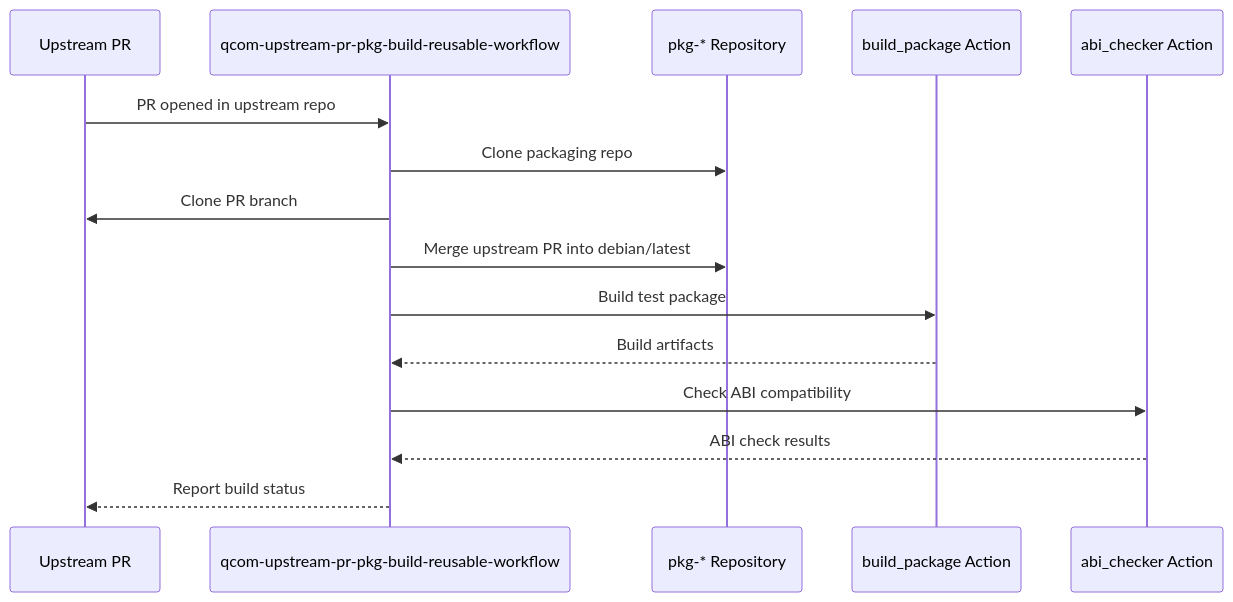
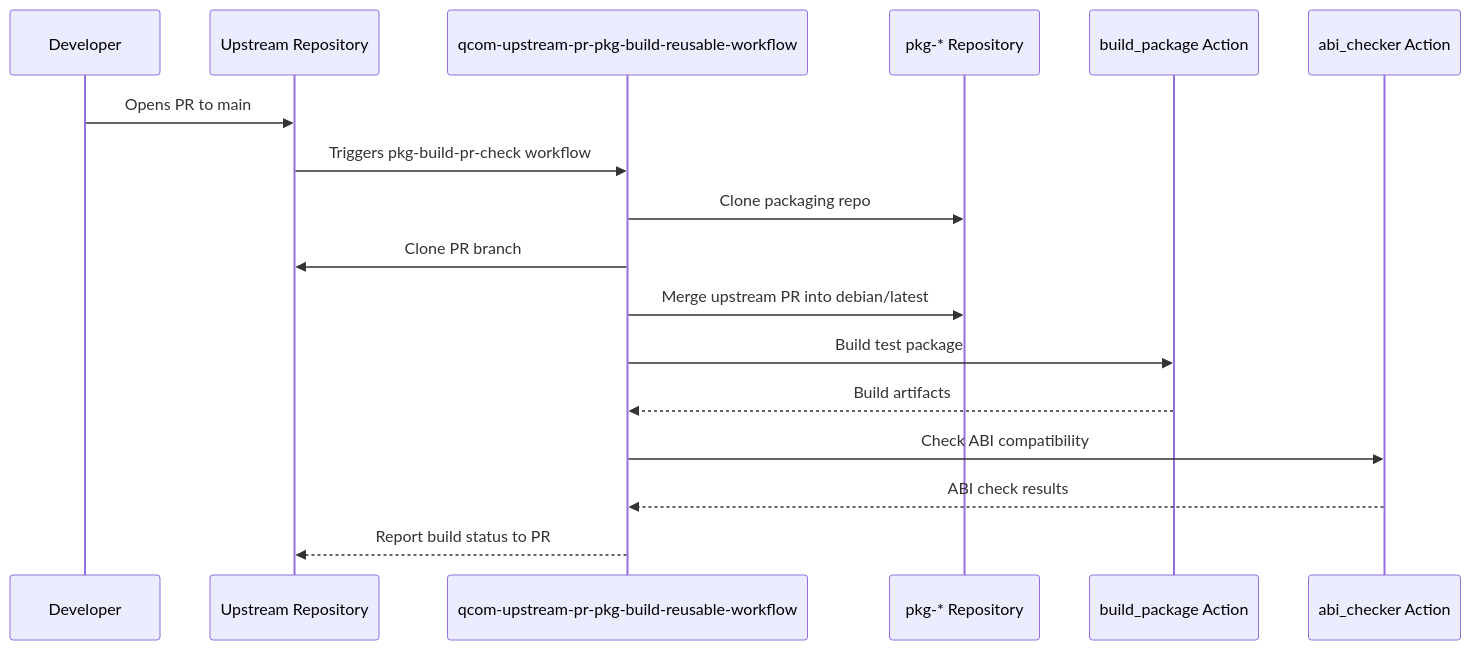
One commit to vemana1niranjan/qcom-build-utils changed the fifth of 6 diagrams in docs/workflow-architecture.md. Above: the diagram before and after it, drawn with Mermaid. The commit also changed other lines of this file and 3 other files, not shown here.

Commit message:
Add upstream repository documentation and qcom-example-package-source references

````diff
--- a/docs/workflow-architecture.md
+++ b/docs/workflow-architecture.md
@@ -243,18 +274,20 @@
 ```mermaid
 sequenceDiagram
-    participant Up as Upstream PR
+    participant Dev as Developer
+    participant Up as Upstream Repository
     participant RW as qcom-upstream-pr-pkg-build-reusable-workflow
     participant Pkg as pkg-* Repository
     participant Build as build_package Action
     participant ABI as abi_checker Action
     
-    Up->>RW: PR opened in upstream repo
+    Dev->>Up: Opens PR to main
+    Up->>RW: Triggers pkg-build-pr-check workflow
     RW->>Pkg: Clone packaging repo
     RW->>Up: Clone PR branch
     RW->>Pkg: Merge upstream PR into debian/latest
     RW->>Build: Build test package
     Build-->>RW: Build artifacts
     RW->>ABI: Check ABI compatibility
     ABI-->>RW: ABI check results
-    RW-->>Up: Report build status
+    RW-->>Up: Report build status to PR
 ```
````
